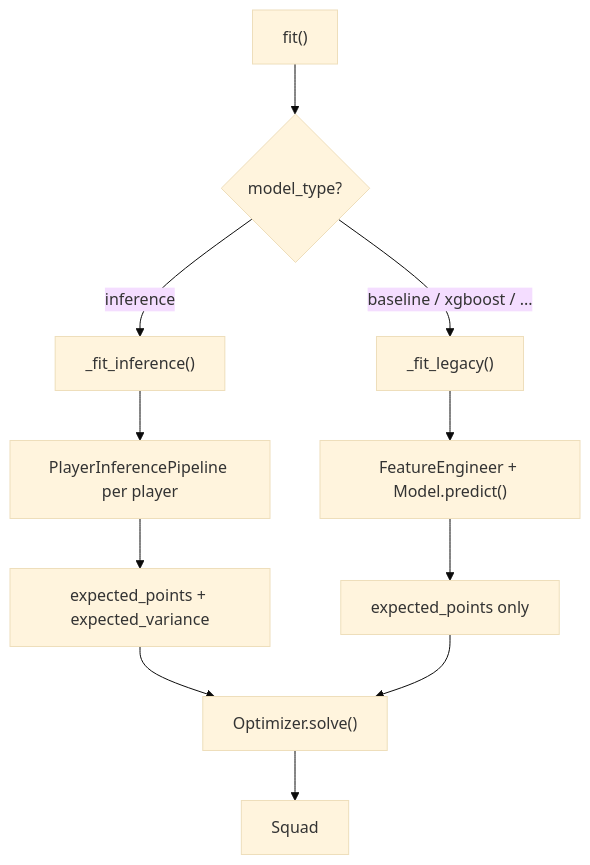
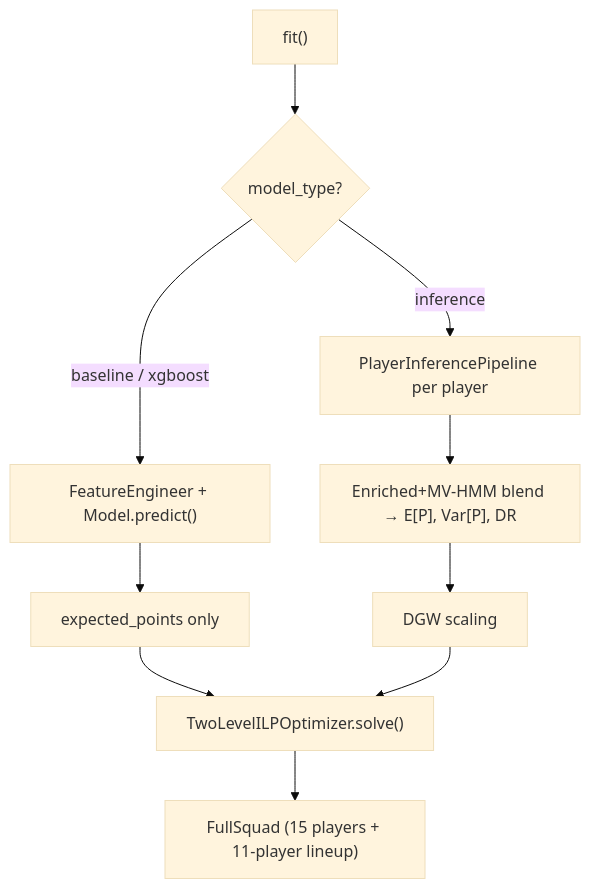
The second of 2 diagrams in docs/architecture.md (fnhirwa/fantasypl), drawn with Mermaid (base theme) before and after one commit. The commit also changed other lines of this file and 9 other files, not shown here.

````diff
--- a/docs/architecture.md
+++ b/docs/architecture.md
@@ -54,13 +107,12 @@
 ```mermaid
 graph TD
     FIT["fit()"] --> CHECK{model_type?}
-    CHECK -->|"inference"| INF["_fit_inference()"]
-    CHECK -->|"baseline / xgboost / ..."| LEG["_fit_legacy()"]
-    INF --> PIPE["PlayerInferencePipeline per player"]
-    PIPE --> FUSED["expected_points + expected_variance"]
-    LEG --> FE["FeatureEngineer + Model.predict()"]
-    FE --> EP["expected_points only"]
-    FUSED --> OPT["Optimizer.solve()"]
-    EP --> OPT
-    OPT --> SQUAD["Squad"]
+    CHECK -->|inference| PIPE["PlayerInferencePipeline per player"]
+    CHECK -->|baseline / xgboost| LEG["FeatureEngineer + Model.predict()"]
+    PIPE --> BLEND["Enriched+MV-HMM blend → E[P], Var[P], DR"]
+    LEG --> EP["expected_points only"]
+    BLEND --> DGW["DGW scaling"]
+    EP --> OPT["TwoLevelILPOptimizer.solve()"]
+    DGW --> OPT
+    OPT --> SQUAD["FullSquad (15 players + 11-player lineup)"]
 ```
````
